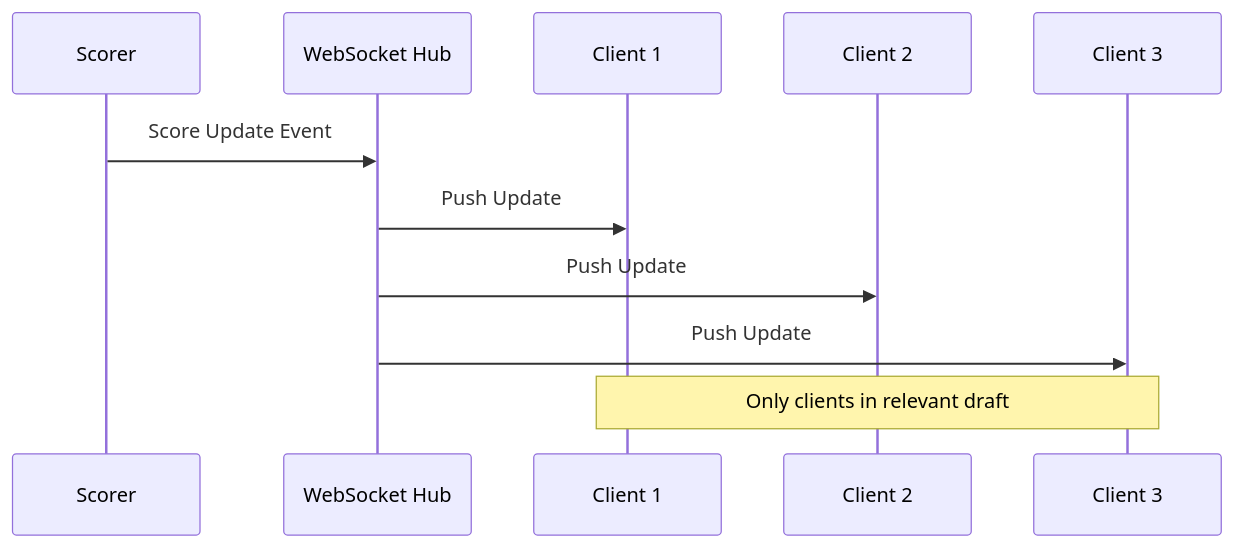
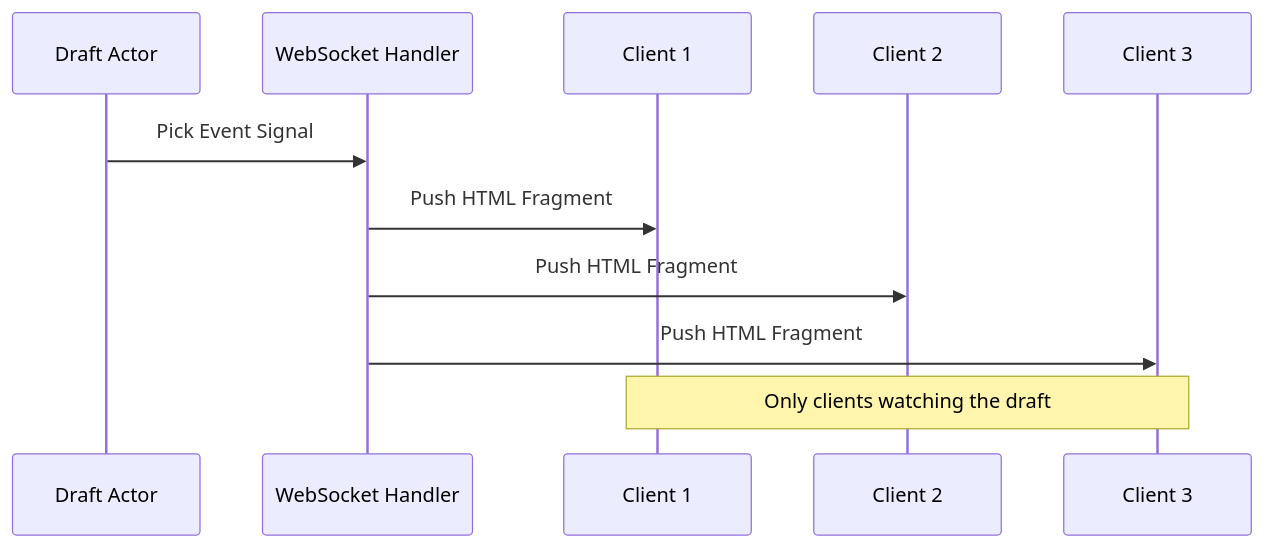
The fourth of 5 diagrams in docs/architecture/data-flow.md (squirlemaster42/fantasy-frc-web), drawn with Mermaid before and after one commit. The commit also changed other lines of this file and 28 other files, not shown here.

````diff
--- a/docs/architecture/data-flow.md
+++ b/docs/architecture/data-flow.md
@@ -120,15 +119,15 @@
 ```mermaid
 sequenceDiagram
-    participant S as Scorer
-    participant W as WebSocket Hub
+    participant D as Draft Actor
+    participant W as WebSocket Handler
     participant C1 as Client 1
     participant C2 as Client 2
     participant C3 as Client 3
-    
-    S->>W: Score Update Event
-    W->>C1: Push Update
-    W->>C2: Push Update
-    W->>C3: Push Update
-    
-    Note over C1,C3: Only clients in relevant draft
+
+    D->>W: Pick Event Signal
+    W->>C1: Push HTML Fragment
+    W->>C2: Push HTML Fragment
+    W->>C3: Push HTML Fragment
+
+    Note over C1,C3: Only clients watching the draft
 ```
````
